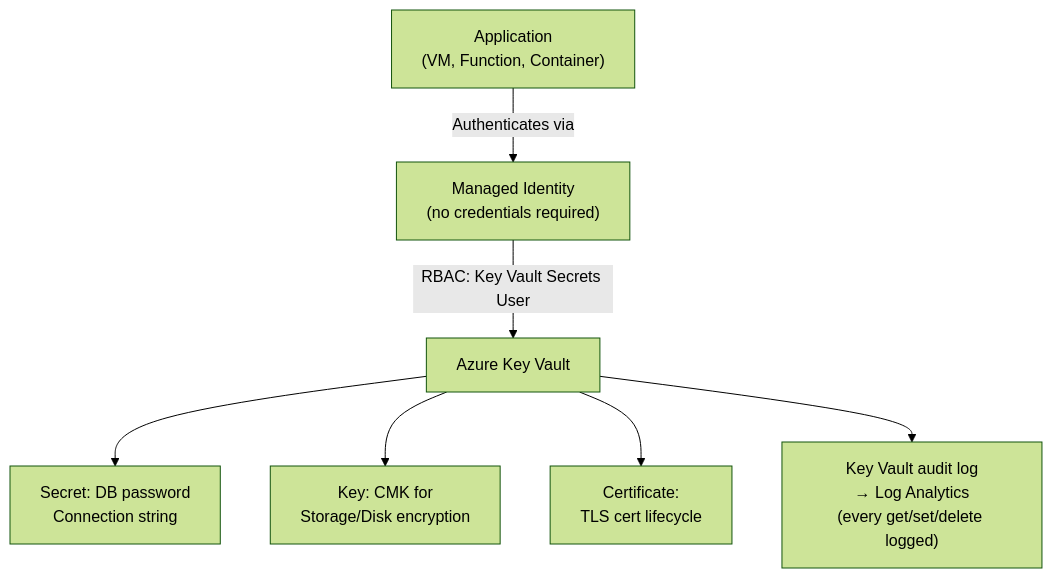
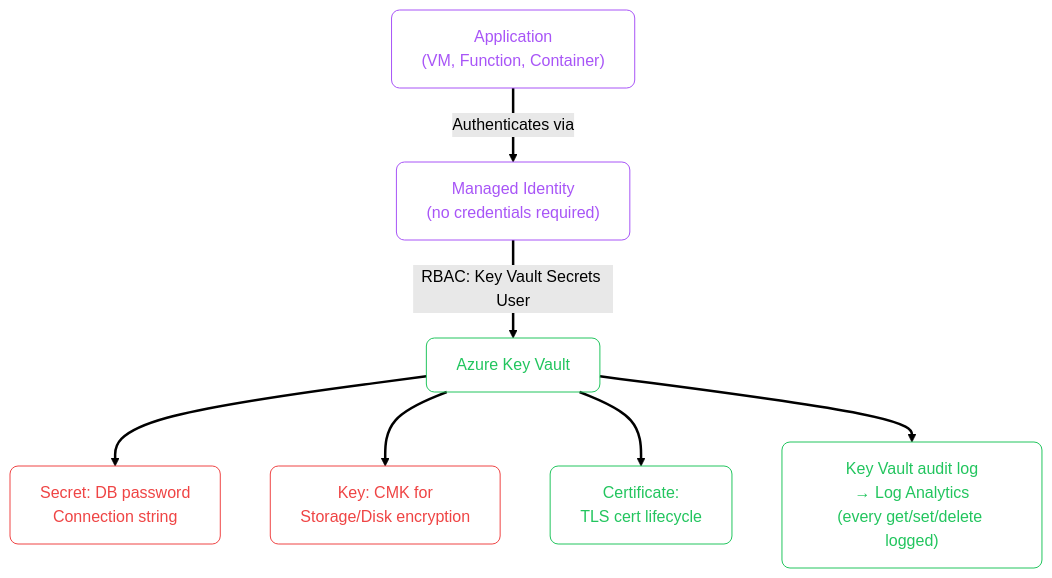
Before and after one commit to zafarale/cloudification: the sixth of 7 diagrams in src/content/cloud/azure/03-securing-your-system.mdx, drawn with Mermaid (forest theme). The commit also changed other lines of this file and 84 other files, not shown here.

````diff
--- a/src/content/cloud/azure/03-securing-your-system.mdx
+++ b/src/content/cloud/azure/03-securing-your-system.mdx
@@ -215,16 +250,23 @@
 ```mermaid
 flowchart TD
-    APP["Application\n(VM, Function, Container)"]
-    MI["Managed Identity\n(no credentials required)"]
-    KV["Azure Key Vault"]
-    AUDIT["Key Vault audit log\n→ Log Analytics\n(every get/set/delete logged)"]
+    accTitle: Key Vault: Secrets, Keys, and Certificates
+    accDescr: Flowchart (td) showing VM, Function, Container, no credentials required, Azure Key Vault
+    classDef step fill:none,stroke:#a855f7,color:#a855f7,rx:8,ry:8
+    classDef ok   fill:none,stroke:#22c55e,color:#22c55e,rx:8,ry:8
+    classDef fail fill:none,stroke:#ef4444,color:#ef4444,rx:8,ry:8
+    linkStyle default stroke-width:2.5px
 
-    SECRET["Secret: DB password\nConnection string"]
-    KEY["Key: CMK for\nStorage/Disk encryption"]
-    CERT["Certificate:\nTLS cert lifecycle"]
+    APP["Application<br/>(VM, Function, Container)"]:::step
+    MI["Managed Identity<br/>(no credentials required)"]:::step
+    KV["Azure Key Vault"]:::ok
+    AUDIT["Key Vault audit log<br/>→ Log Analytics<br/>(every get/set/delete logged)"]:::ok
+
+    SECRET["Secret: DB password<br/>Connection string"]:::fail
+    KEY["Key: CMK for<br/>Storage/Disk encryption"]:::fail
+    CERT["Certificate:<br/>TLS cert lifecycle"]:::ok
 
     APP -- "Authenticates via" --> MI
     MI -- "RBAC: Key Vault Secrets User" --> KV
     KV --> SECRET & KEY & CERT
     KV --> AUDIT
 ```
````
